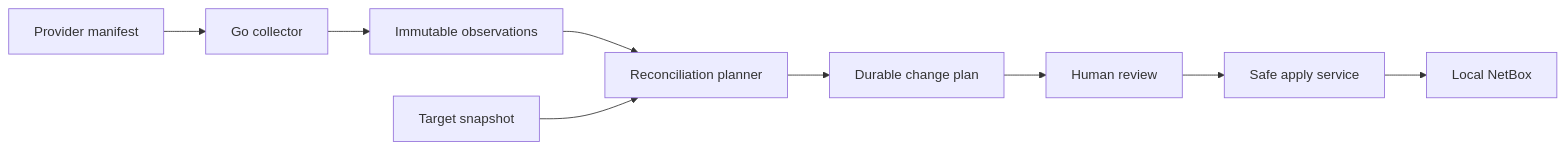
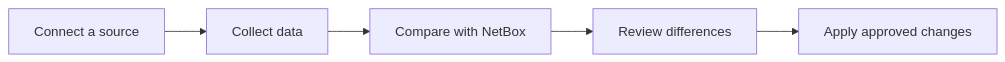
Before and after one commit to abhi1693/netbox-ssot: the diagram in README.md, drawn with Mermaid. The commit also changed other lines of this file and 22 other files, not shown here.

Commit message:
Release NetBox SSoT v0.0.1

````diff
--- a/README.md
+++ b/README.md
@@ -22,11 +29,7 @@
 ```mermaid
 flowchart LR
-    P[Provider manifest] --> C[Go collector]
-    C --> O[Immutable observations]
-    O --> R[Reconciliation planner]
-    T[Target snapshot] --> R
-    R --> D[Durable change plan]
-    D --> H[Human review]
-    H --> A[Safe apply service]
-    A --> N[Local NetBox]
+    A[Connect a source] --> B[Collect data]
+    B --> C[Compare with NetBox]
+    C --> D[Review differences]
+    D --> E[Apply approved changes]
 ```
````
